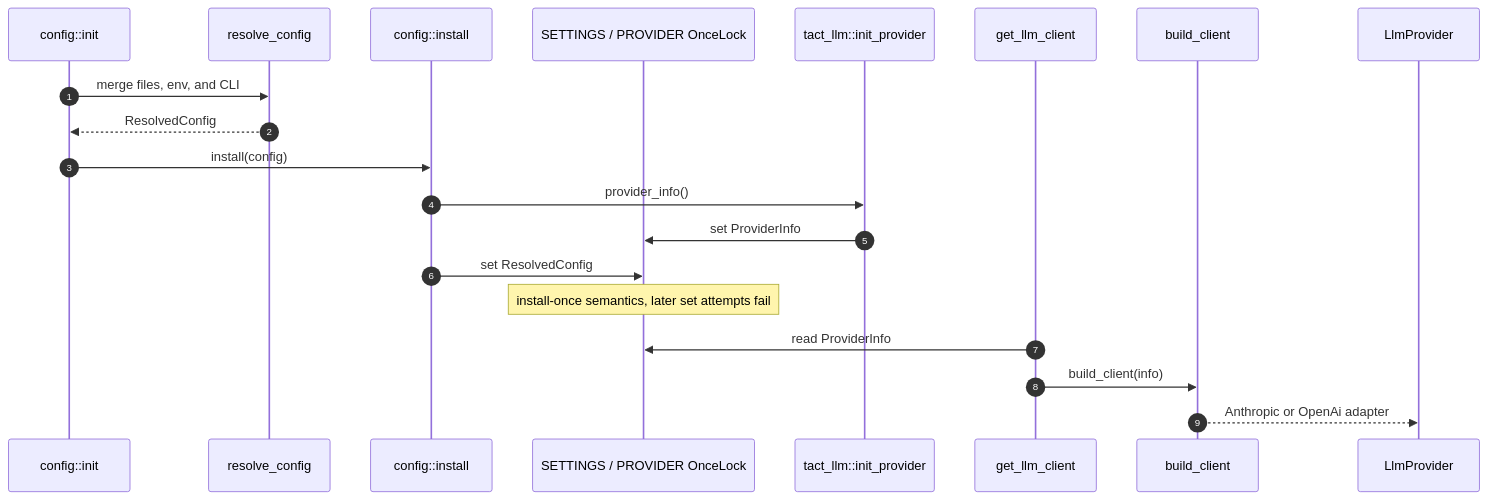
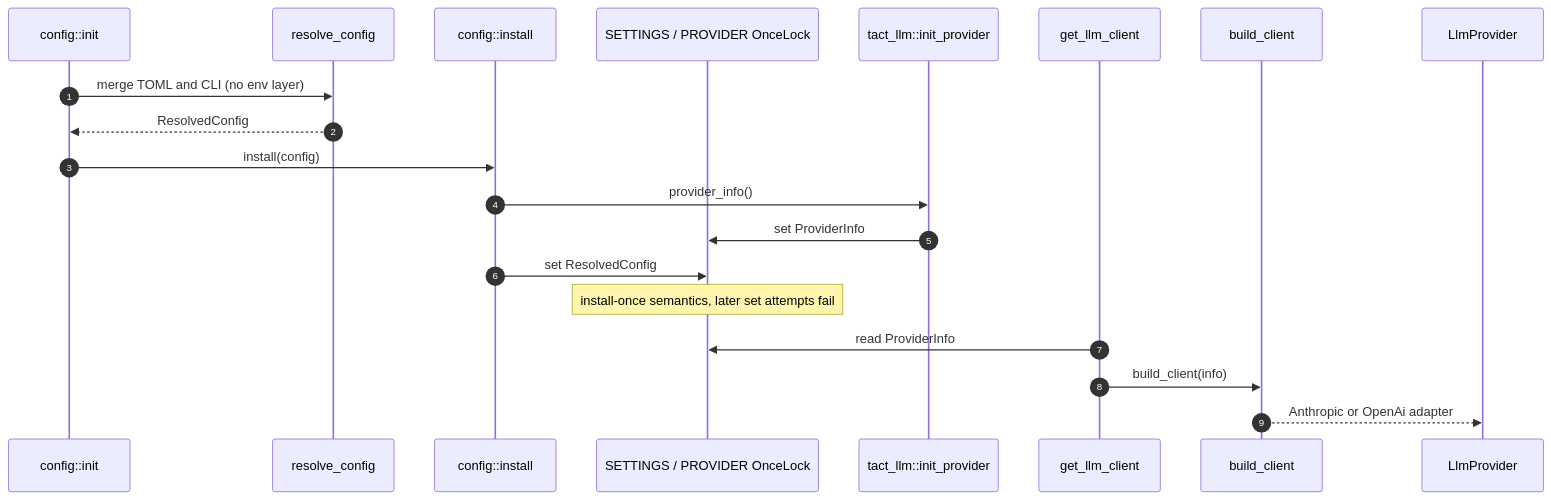
One commit to rust-infra/tact changed the second of 5 diagrams in book/22_chapter_llm.md. Above: the diagram before and after it, drawn with Mermaid. The commit also changed other lines of this file and 13 other files, not shown here.

````diff
--- a/book/22_chapter_llm.md
+++ b/book/22_chapter_llm.md
@@ -68,23 +68,23 @@
 ```mermaid
 sequenceDiagram
     autonumber
     participant Init as config::init
     participant Resolve as resolve_config
     participant Install as config::install
     participant Once as SETTINGS / PROVIDER OnceLock
     participant LlmInit as tact_llm::init_provider
     participant Get as get_llm_client
     participant Build as build_client
     participant Provider as LlmProvider
 
-    Init->>Resolve: merge files, env, and CLI
+    Init->>Resolve: merge TOML and CLI (no env layer)
     Resolve-->>Init: ResolvedConfig
     Init->>Install: install(config)
     Install->>LlmInit: provider_info()
     LlmInit->>Once: set ProviderInfo
     Install->>Once: set ResolvedConfig
     Note over Once: install-once semantics, later set attempts fail
     Get->>Once: read ProviderInfo
     Get->>Build: build_client(info)
     Build-->>Provider: Anthropic or OpenAi adapter
 ```
````
